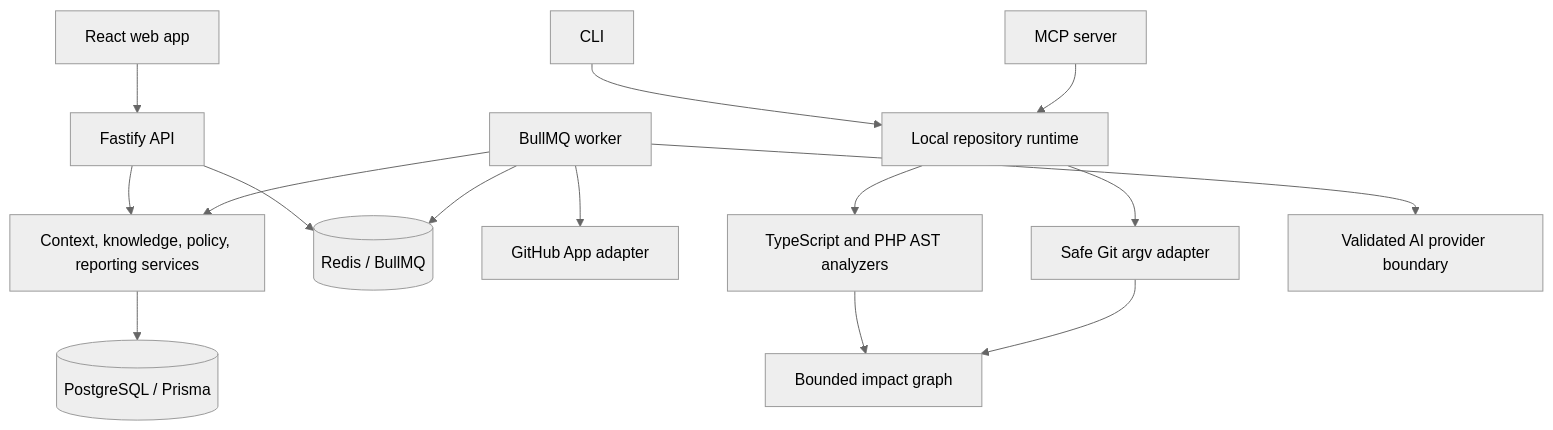
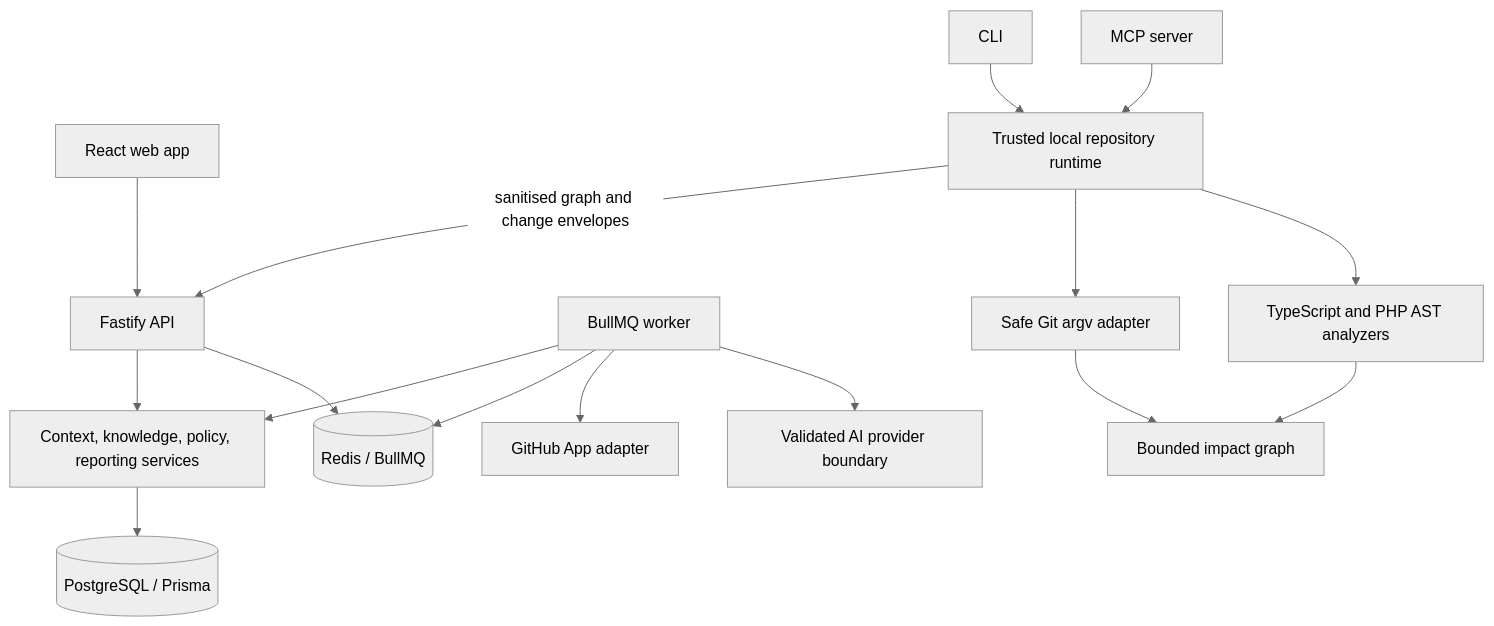
Before and after one commit to lcherone/Lore: the second of 3 diagrams in README.md, drawn with Mermaid (neutral theme). The commit also changed other lines of this file and 52 other files, not shown here.

````diff
--- a/README.md
+++ b/README.md
@@ -49,17 +49,18 @@
 ```mermaid
 flowchart TB
   UI[React web app] --> API[Fastify API]
-  CLI[CLI] --> LOCAL[Local repository runtime]
+  CLI[CLI] --> LOCAL[Trusted local repository runtime]
   MCP[MCP server] --> LOCAL
+  LOCAL -->|sanitised graph and change envelopes| API
   API --> CORE[Context, knowledge, policy, reporting services]
   WORKER[BullMQ worker] --> CORE
   CORE --> PG[(PostgreSQL / Prisma)]
   API --> REDIS[(Redis / BullMQ)]
   WORKER --> REDIS
   WORKER --> GITHUB[GitHub App adapter]
   LOCAL --> GIT[Safe Git argv adapter]
   LOCAL --> AST[TypeScript and PHP AST analyzers]
   AST --> GRAPH[Bounded impact graph]
   GIT --> GRAPH
   WORKER --> AI[Validated AI provider boundary]
 ```
````
